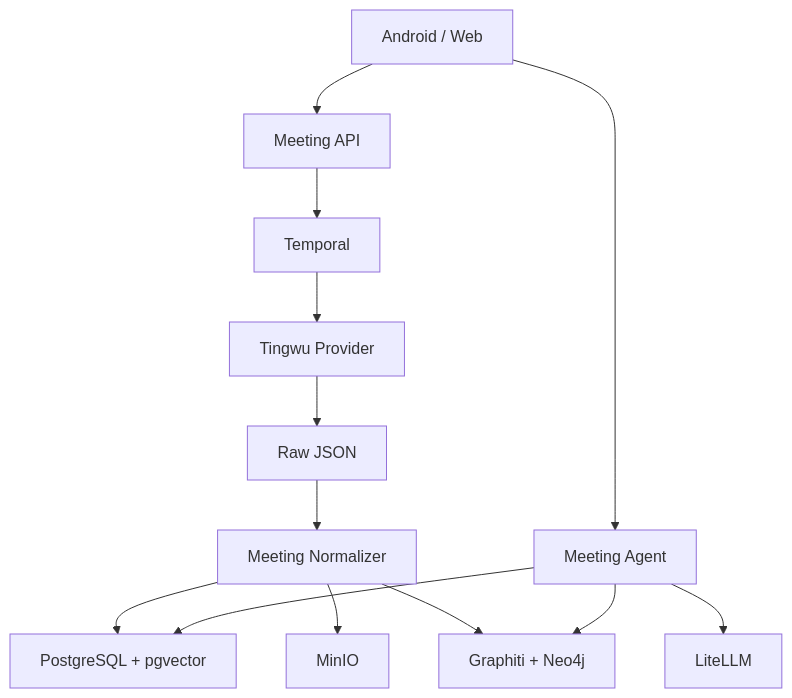
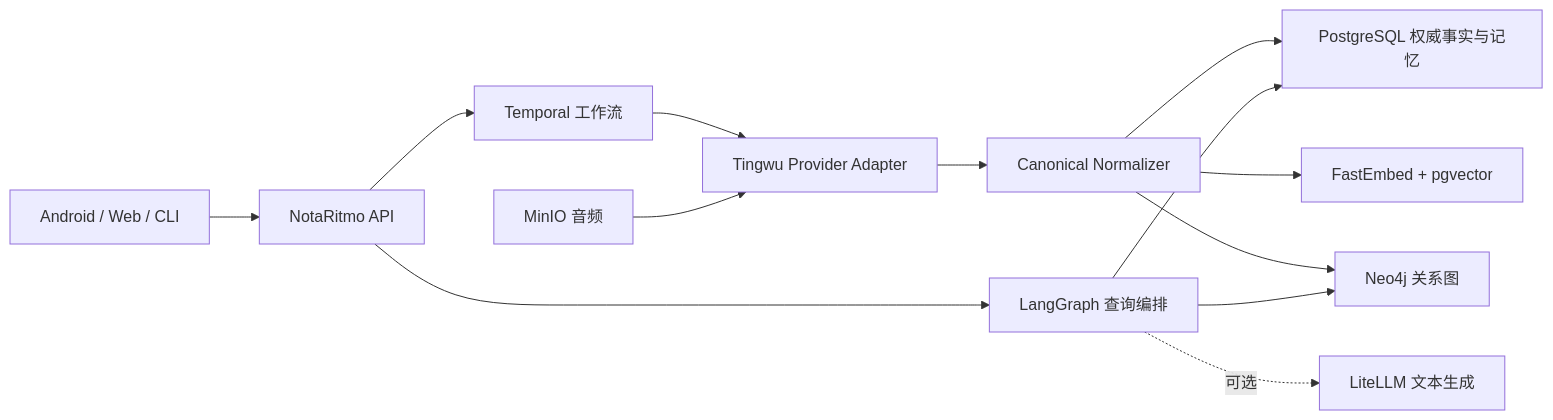
One commit to tianrking/NotaRitmo changed the diagram in docs/ARCHITECTURE.md. Above: the diagram before and after it, drawn with Mermaid. The commit also changed other lines of this file and 4 other files, not shown here.

Commit message:
docs: publish complete NotaRitmo architecture and operations

````diff
--- a/docs/ARCHITECTURE.md
+++ b/docs/ARCHITECTURE.md
@@ -8,15 +5,15 @@
 ```mermaid
-flowchart TD
-    App["Android / Web"] --> API["Meeting API"]
-    API --> Temporal["Temporal"]
-    Temporal --> Tingwu["Tingwu Provider"]
-    Tingwu --> Raw["Raw JSON"]
-    Raw --> Normalizer["Meeting Normalizer"]
-    Normalizer --> PG["PostgreSQL + pgvector"]
-    Normalizer --> MinIO["MinIO"]
-    Normalizer --> Graph["Graphiti + Neo4j"]
-    App --> Agent["Meeting Agent"]
+flowchart LR
+    App["Android / Web / CLI"] --> API["NotaRitmo API"]
+    API --> Temporal["Temporal 工作流"]
+    Temporal --> Provider["Tingwu Provider Adapter"]
+    Provider --> Normalizer["Canonical Normalizer"]
+    Normalizer --> PG["PostgreSQL 权威事实与记忆"]
+    Normalizer --> Vector["FastEmbed + pgvector"]
+    Normalizer --> Graph["Neo4j 关系图"]
+    API --> Agent["LangGraph 查询编排"]
     Agent --> PG
     Agent --> Graph
-    Agent --> LiteLLM["LiteLLM"]
+    Agent -.可选.-> LiteLLM["LiteLLM 文本生成"]
+    Audio["MinIO 音频"] --> Provider
 ```
````
